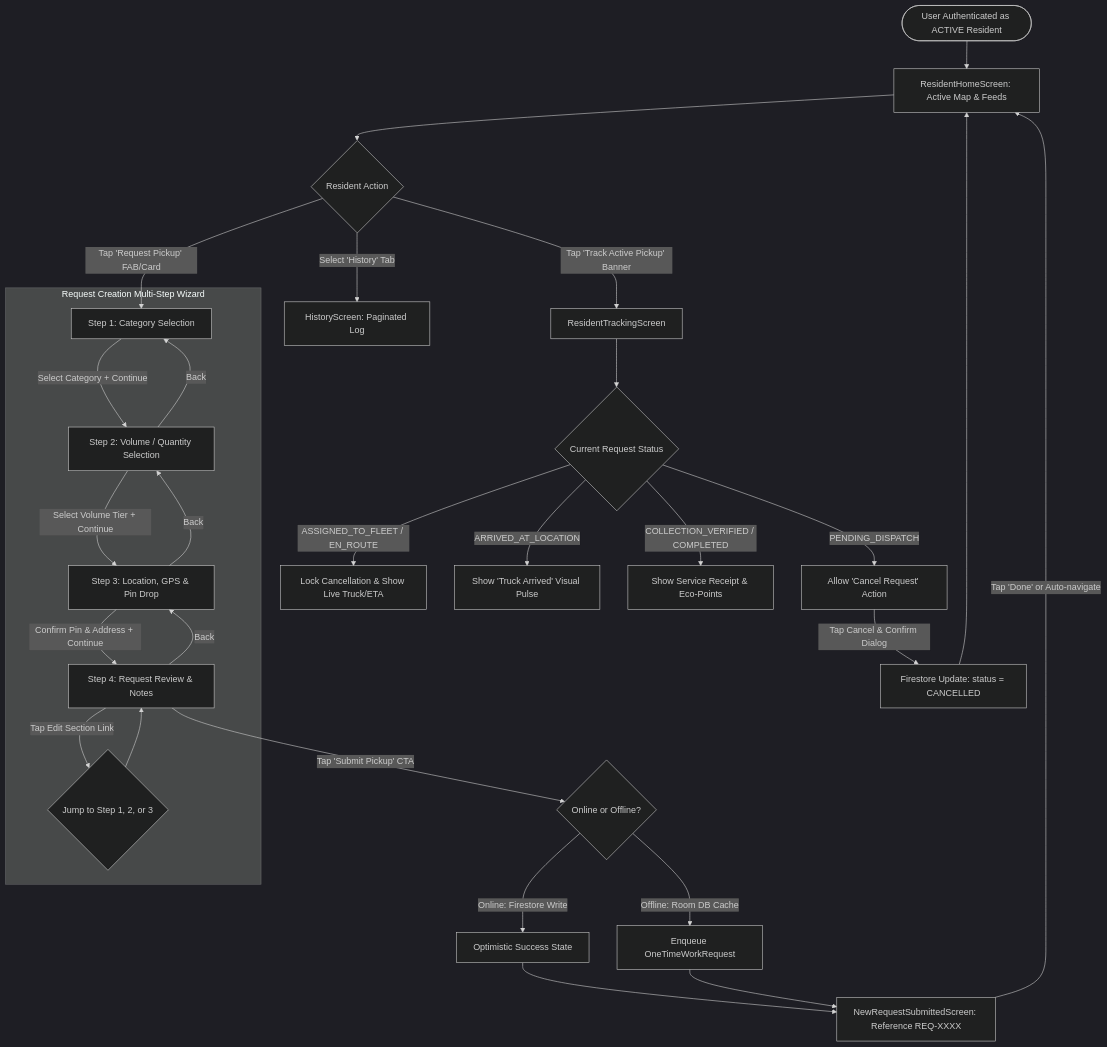
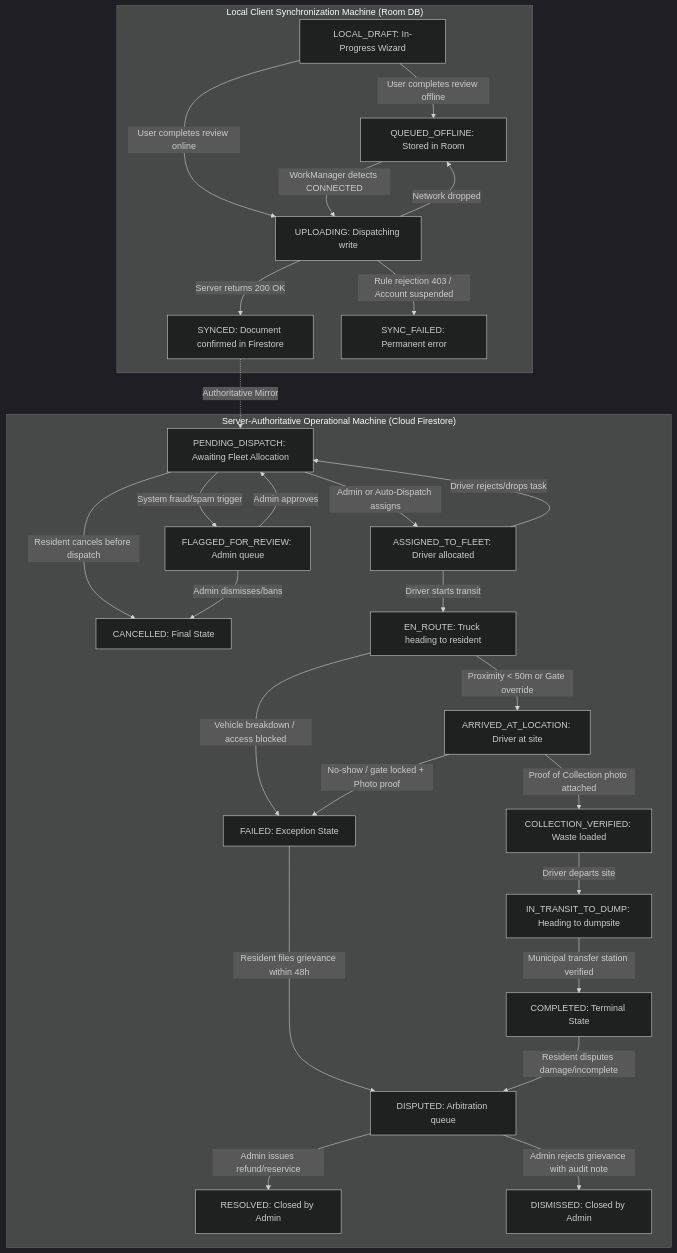
One commit to collinobeid/wastelink changed the second of 4 diagrams in docs/MODULE_2_RESIDENT_REQUEST_ARCHITECTURE.md. Above: the diagram before and after it, drawn with Mermaid (dark theme). The commit also changed other lines of this file and 1 other file, not shown here.

Commit message:
docs(module2): harden architecture and acceptance checklist per Lead Technical Director review

````diff
--- a/docs/MODULE_2_RESIDENT_REQUEST_ARCHITECTURE.md
+++ b/docs/MODULE_2_RESIDENT_REQUEST_ARCHITECTURE.md
@@ -59,42 +96,41 @@
 ```mermaid
 flowchart TD
-    AuthCheck([User Authenticated as ACTIVE Resident]) --> ResHome[ResidentHomeScreen: Active Map & Feeds]
-    
-    ResHome --> ActionSelect{Resident Action}
-    
-    ActionSelect -->|Tap 'Request Pickup' FAB/Card| WizardEntry[Step 1: Category Selection]
-    ActionSelect -->|Tap 'Track Active Pickup' Banner| LiveTracker[ResidentTrackingScreen]
-    ActionSelect -->|Select 'History' Tab| HistoryView[HistoryScreen: Paginated Log]
-    
-    %% Wizard Flow
-    subgraph Wizard_State_Machine ["Request Creation Multi-Step Wizard"]
-        WizardEntry -->|Select Category + Continue| StepVolume[Step 2: Volume / Quantity Selection]
-        StepVolume -->|Back| WizardEntry
-        StepVolume -->|Select Volume Tier + Continue| StepLoc[Step 3: Location, GPS & Pin Drop]
-        StepLoc -->|Back| StepVolume
-        StepLoc -->|Confirm Pin & Address + Continue| StepReview[Step 4: Request Review & Notes]
-        StepReview -->|Back| StepLoc
-        StepReview -->|Tap Edit Section Link| JumpEdit{Jump to Step 1, 2, or 3}
-        JumpEdit --> StepReview
+    subgraph Local_Device_Lifecycle ["Local Client Synchronization Machine (Room DB)"]
+        LD_Draft[LOCAL_DRAFT: In-Progress Wizard] -->|User completes review offline| LD_Queued[QUEUED_OFFLINE: Stored in Room]
+        LD_Draft -->|User completes review online| LD_Uploading[UPLOADING: Dispatching write]
+        LD_Queued -->|WorkManager detects CONNECTED| LD_Uploading
+        LD_Uploading -->|Server returns 200 OK| LD_Synced[SYNCED: Document confirmed in Firestore]
+        LD_Uploading -->|Network dropped| LD_Queued
+        LD_Uploading -->|Rule rejection 403 / Account suspended| LD_Failed[SYNC_FAILED: Permanent error]
     end
-    
-    StepReview -->|Tap 'Submit Pickup' CTA| SubmissionCheck{Online or Offline?}
-    
-    SubmissionCheck -->|Online: Firestore Write| OptimisticAck[Optimistic Success State]
-    SubmissionCheck -->|Offline: Room DB Cache| QueueWorkManager[Enqueue OneTimeWorkRequest]
-    
-    OptimisticAck --> AckScreen[NewRequestSubmittedScreen: Reference REQ-XXXX]
-    QueueWorkManager --> AckScreen
-    
-    AckScreen -->|Tap 'Done' or Auto-navigate| ResHome
-    
-    %% Status Tracking & Cancellation
-    LiveTracker --> StatusCheck{Current Request Status}
-    StatusCheck -->|PENDING_DISPATCH| CanCancel[Allow 'Cancel Request' Action]
-    StatusCheck -->|ASSIGNED_TO_FLEET / EN_ROUTE| DisallowCancel[Lock Cancellation & Show Live Truck/ETA]
-    StatusCheck -->|ARRIVED_AT_LOCATION| ProximityArrival[Show 'Truck Arrived' Visual Pulse]
-    StatusCheck -->|COLLECTION_VERIFIED / COMPLETED| CompletedState[Show Service Receipt & Eco-Points]
-    
-    CanCancel -->|Tap Cancel & Confirm Dialog| CancelMutation[Firestore Update: status = CANCELLED]
-    CancelMutation --> ResHome
+
+    subgraph Server_Authoritative_Lifecycle ["Server-Authoritative Operational Machine (Cloud Firestore)"]
+        SF_Pending[PENDING_DISPATCH: Awaiting Fleet Allocation]
+        SF_Pending -->|Admin or Auto-Dispatch assigns| SF_Assigned[ASSIGNED_TO_FLEET: Driver allocated]
+        SF_Pending -->|Resident cancels before dispatch| SF_Cancelled[CANCELLED: Final State]
+        SF_Pending -->|System fraud/spam trigger| SF_Flagged[FLAGGED_FOR_REVIEW: Admin queue]
+        
+        SF_Flagged -->|Admin approves| SF_Pending
+        SF_Flagged -->|Admin dismisses/bans| SF_Cancelled
+        
+        SF_Assigned -->|Driver starts transit| SF_EnRoute[EN_ROUTE: Truck heading to resident]
+        SF_Assigned -->|Driver rejects/drops task| SF_Pending
+        
+        SF_EnRoute -->|Proximity < 50m or Gate override| SF_Arrived[ARRIVED_AT_LOCATION: Driver at site]
+        SF_EnRoute -->|Vehicle breakdown / access blocked| SF_Failed[FAILED: Exception State]
+        
+        SF_Arrived -->|Proof of Collection photo attached| SF_Verified[COLLECTION_VERIFIED: Waste loaded]
+        SF_Arrived -->|No-show / gate locked + Photo proof| SF_Failed
+        
+        SF_Verified -->|Driver departs site| SF_InTransit[IN_TRANSIT_TO_DUMP: Heading to dumpsite]
+        SF_InTransit -->|Municipal transfer station verified| SF_Completed[COMPLETED: Terminal State]
+        
+        SF_Failed -->|Resident files grievance within 48h| SF_Disputed[DISPUTED: Arbitration queue]
+        SF_Completed -->|Resident disputes damage/incomplete| SF_Disputed
+        
+        SF_Disputed -->|Admin issues refund/reservice| SF_Resolved[RESOLVED: Closed by Admin]
+        SF_Disputed -->|Admin rejects grievance with audit note| SF_Dismissed[DISMISSED: Closed by Admin]
+    end
+
+    LD_Synced -.->|Authoritative Mirror| SF_Pending
 ```
````
